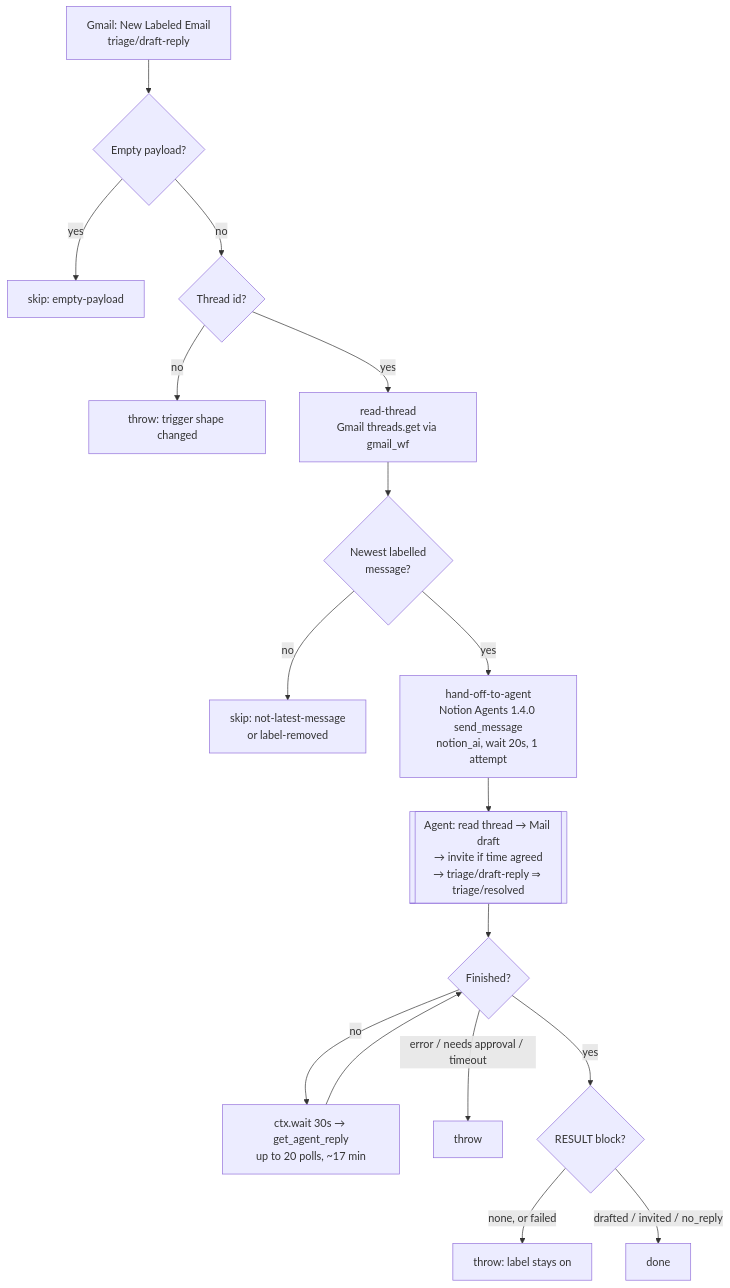
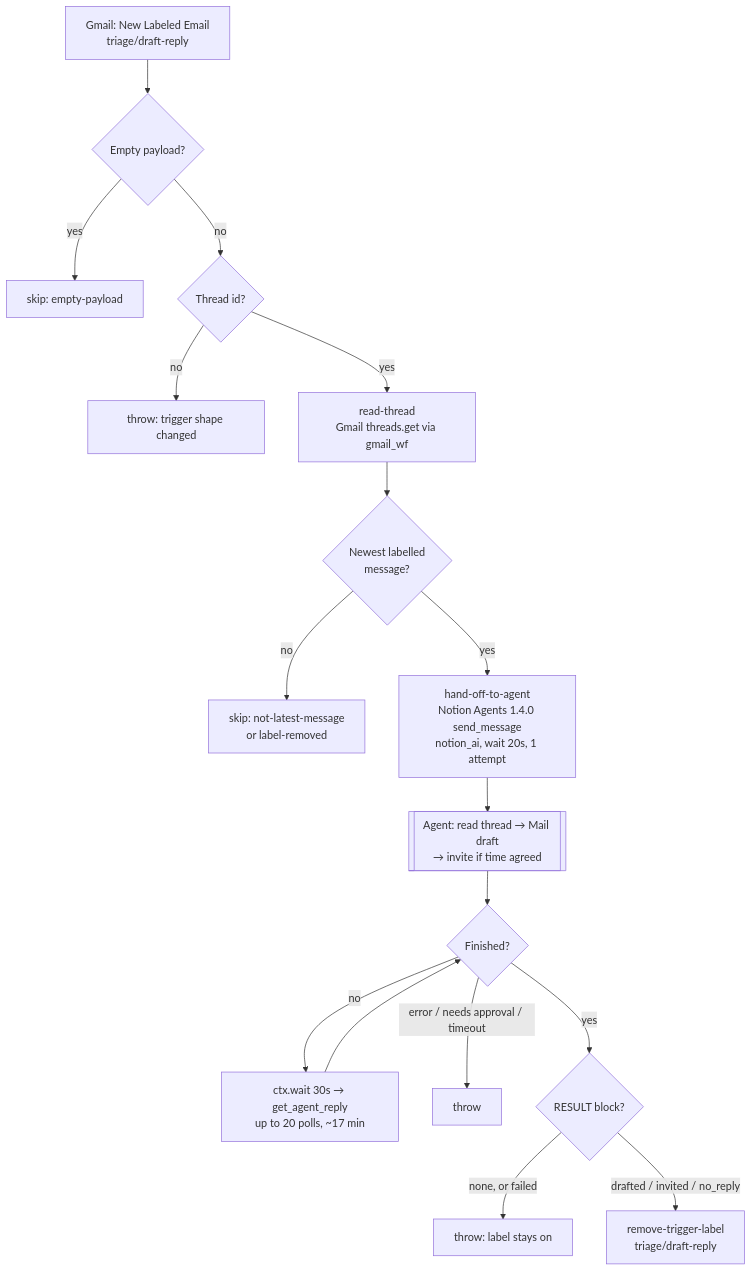
The diagram in gmail-label-to-agent-email-draft/README.md (work-flowers/zapier-sdk), drawn with Mermaid before and after one commit. The commit also changed other lines of this file and 4 other files, not shown here.

First line of the commit message:
gmail-label-to-agent-email-draft: agent leaves labels alone

````diff
--- a/gmail-label-to-agent-email-draft/README.md
+++ b/gmail-label-to-agent-email-draft/README.md
@@ -9,19 +9,19 @@
 ```mermaid
 flowchart TD
   A[Gmail: New Labeled Email<br/>triage/draft-reply] --> B{Empty payload?}
   B -- yes --> Z[skip: empty-payload]
   B -- no --> C{Thread id?}
   C -- no --> X[throw: trigger shape changed]
   C -- yes --> T[read-thread<br/>Gmail threads.get via gmail_wf]
   T --> N{Newest labelled<br/>message?}
   N -- no --> Z2[skip: not-latest-message<br/>or label-removed]
   N -- yes --> D[hand-off-to-agent<br/>Notion Agents 1.4.0 send_message<br/>notion_ai, wait 20s, 1 attempt]
-  D --> AG[[Agent: read thread → Mail draft<br/>→ invite if time agreed<br/>→ triage/draft-reply ⇒ triage/resolved]]
+  D --> AG[[Agent: read thread → Mail draft<br/>→ invite if time agreed]]
   AG --> E{Finished?}
   E -- no --> W[ctx.wait 30s → get_agent_reply<br/>up to 20 polls, ~17 min]
   W --> E
   E -- error / needs approval / timeout --> X2[throw]
   E -- yes --> P{RESULT block?}
   P -- none, or failed --> X3[throw: label stays on]
-  P -- drafted / invited / no_reply --> OK[done]
+  P -- drafted / invited / no_reply --> R[remove-trigger-label<br/>triage/draft-reply]
 ```
````
